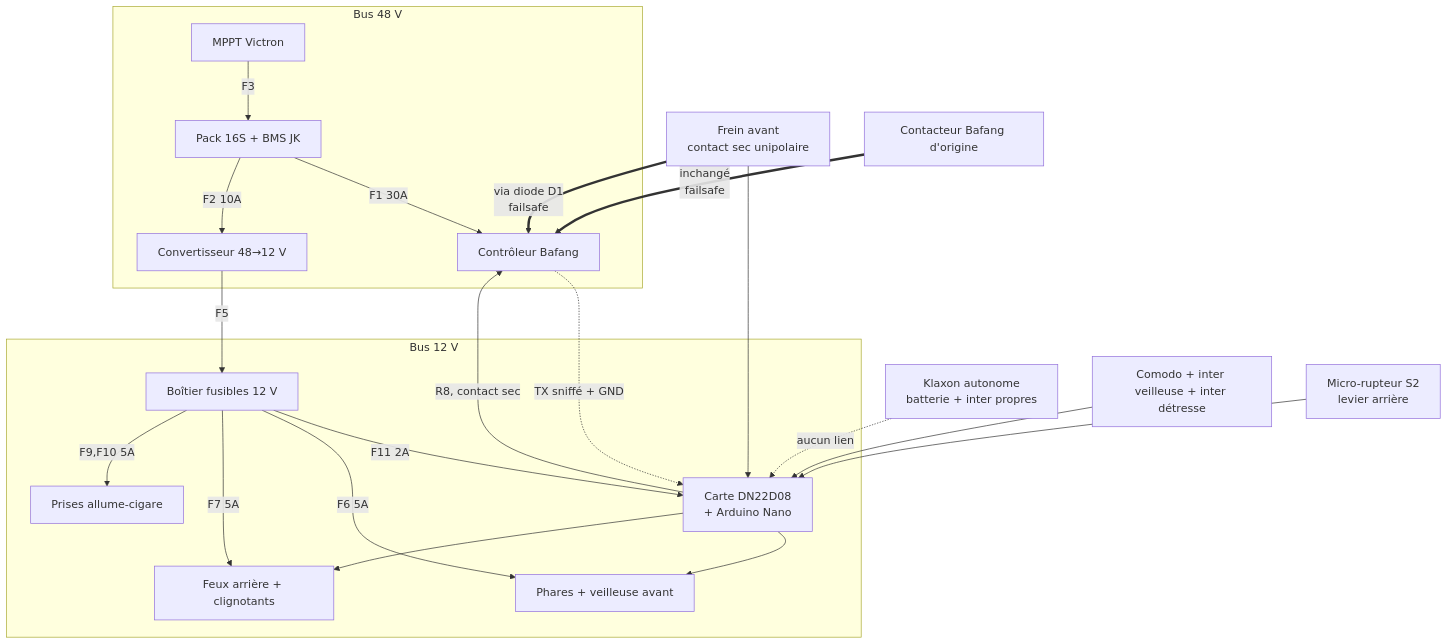
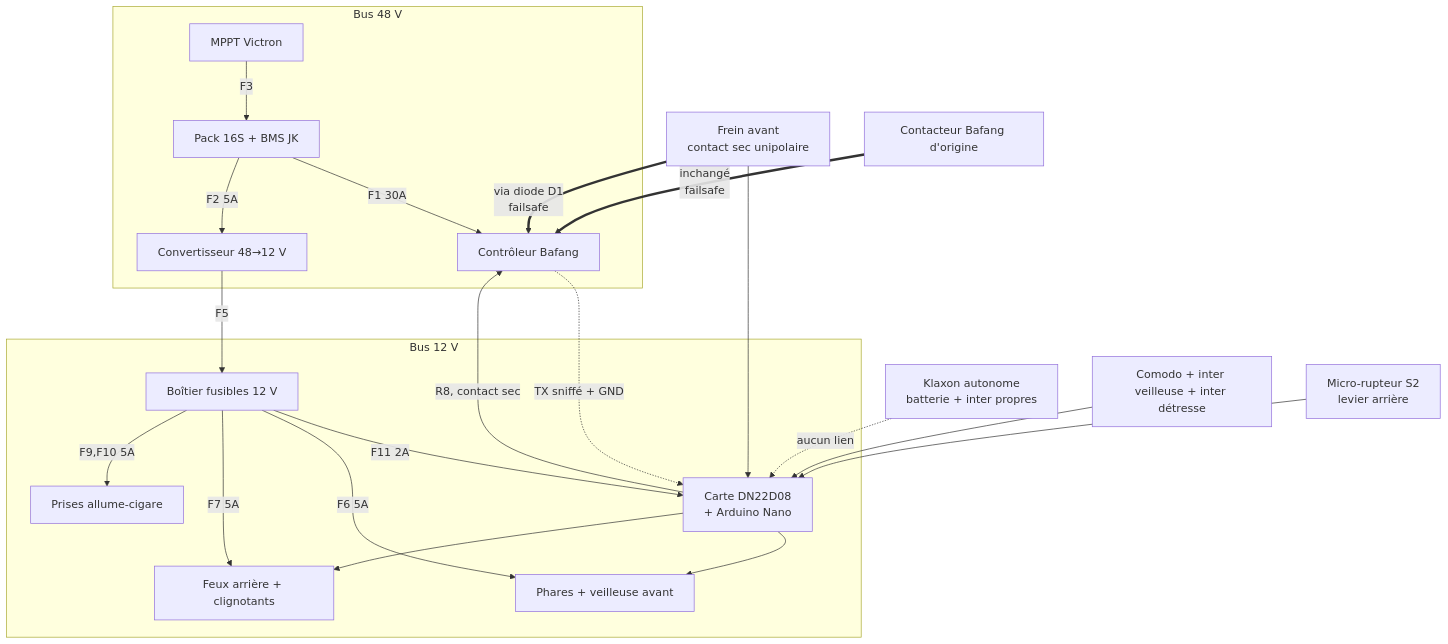
One commit to darkone-linux/vhelio-arduino changed the diagram in hardware/cablage.md. Above: the diagram before and after it, drawn with Mermaid. The commit also changed other lines of this file and 1 other file, not shown here.

````diff
--- a/hardware/cablage.md
+++ b/hardware/cablage.md
@@ -8,25 +8,25 @@
 ```mermaid
 flowchart TB
   subgraph HT["Bus 48 V"]
     PACK[Pack 16S + BMS JK] -->|F1 30A| CTRL[Contrôleur Bafang]
-    PACK -->|F2 10A| CONV[Convertisseur 48→12 V]
+    PACK -->|F2 5A| CONV[Convertisseur 48→12 V]
     MPPT[MPPT Victron] -->|F3| PACK
   end
   subgraph BT["Bus 12 V"]
     CONV -->|F5| FB[Boîtier fusibles 12 V]
     FB -->|F11 2A| DN[Carte DN22D08<br/>+ Arduino Nano]
     FB -->|F6 5A| AV[Phares + veilleuse avant]
     FB -->|F7 5A| AR[Feux arrière + clignotants]
     FB -->|F9,F10 5A| AC[Prises allume-cigare]
   end
   KLX[Klaxon autonome<br/>batterie + inter propres] -.-> |aucun lien| DN
   COM[Comodo + inter veilleuse + inter détresse] --> DN
   FRA[Frein avant<br/>contact sec unipolaire] --> DN
   FRA ==>|via diode D1<br/>failsafe| CTRL
   FRR[Micro-rupteur S2<br/>levier arrière] --> DN
   CTAR[Contacteur Bafang d'origine] ==>|inchangé<br/>failsafe| CTRL
   DN --> AV
   DN --> AR
   DN -->|R8, contact sec| CTRL
   CTRL -.->|TX sniffé + GND| DN
 ```
````
